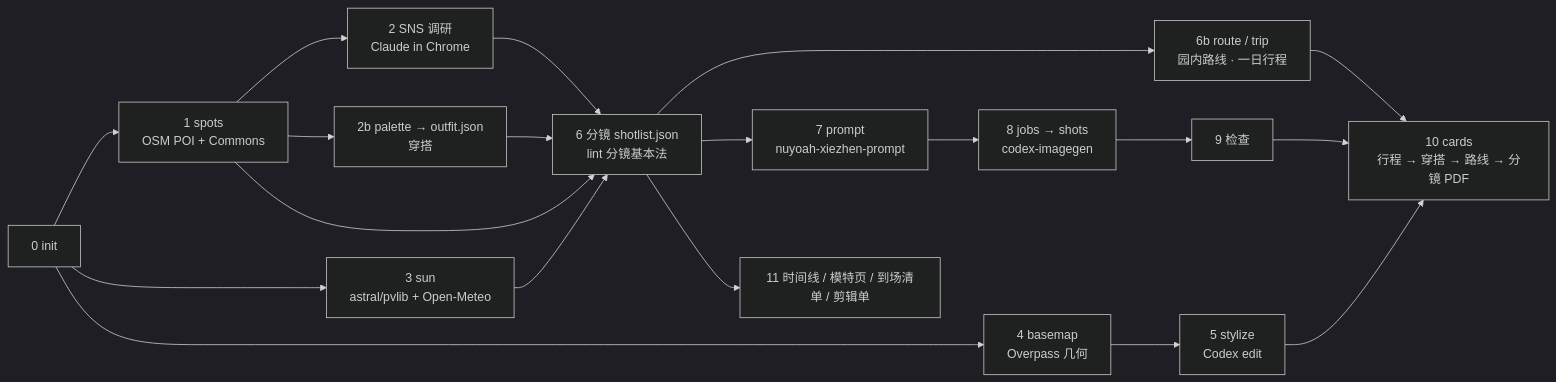
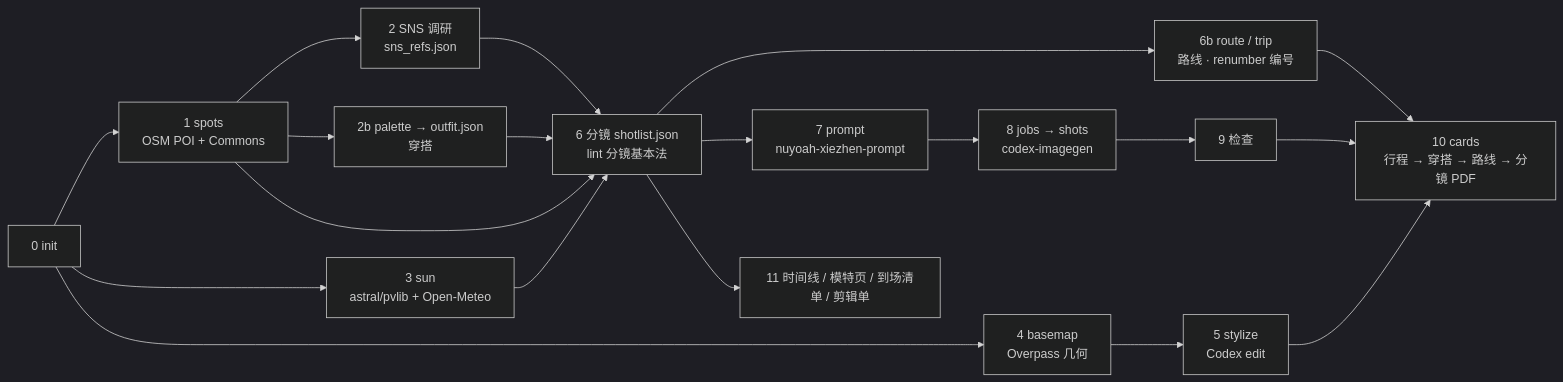
One commit to utopiabelmont/xiezhen-shoot-pipeline changed the diagram in README.md. Above: the diagram before and after it, drawn with Mermaid (dark theme). The commit also changed other lines of this file and 107 other files, not shown here.

First line of the commit message:
1.6.0：SNS 素材驱动的分镜写进文档与 skill；新增 renumber、jobs/shots --moves；箱根 v5 示例

````diff
--- a/README.md
+++ b/README.md
@@ -64,13 +67,13 @@
 ```mermaid
 flowchart LR
   A[0 init] --> B[1 spots<br/>OSM POI + Commons]
   A --> C[3 sun<br/>astral/pvlib + Open-Meteo]
   A --> D[4 basemap<br/>Overpass 几何] --> E[5 stylize<br/>Codex edit]
-  B --> F[2 SNS 调研<br/>Claude in Chrome]
+  B --> F[2 SNS 调研<br/>sns_refs.json]
   B --> P[2b palette → outfit.json<br/>穿搭]
   B & C & F & P --> G[6 分镜 shotlist.json<br/>lint 分镜基本法]
-  G --> R[6b route / trip<br/>园内路线 · 一日行程]
+  G --> R[6b route / trip<br/>路线 · renumber 编号]
   G --> H[7 prompt<br/>nuyoah-xiezhen-prompt] --> I[8 jobs → shots<br/>codex-imagegen] --> J[9 检查]
   J & E & R --> K[10 cards<br/>行程 → 穿搭 → 路线 → 分镜 PDF]
   G --> L[11 时间线 / 模特页 / 到场清单 / 剪辑单]
 ```
````
